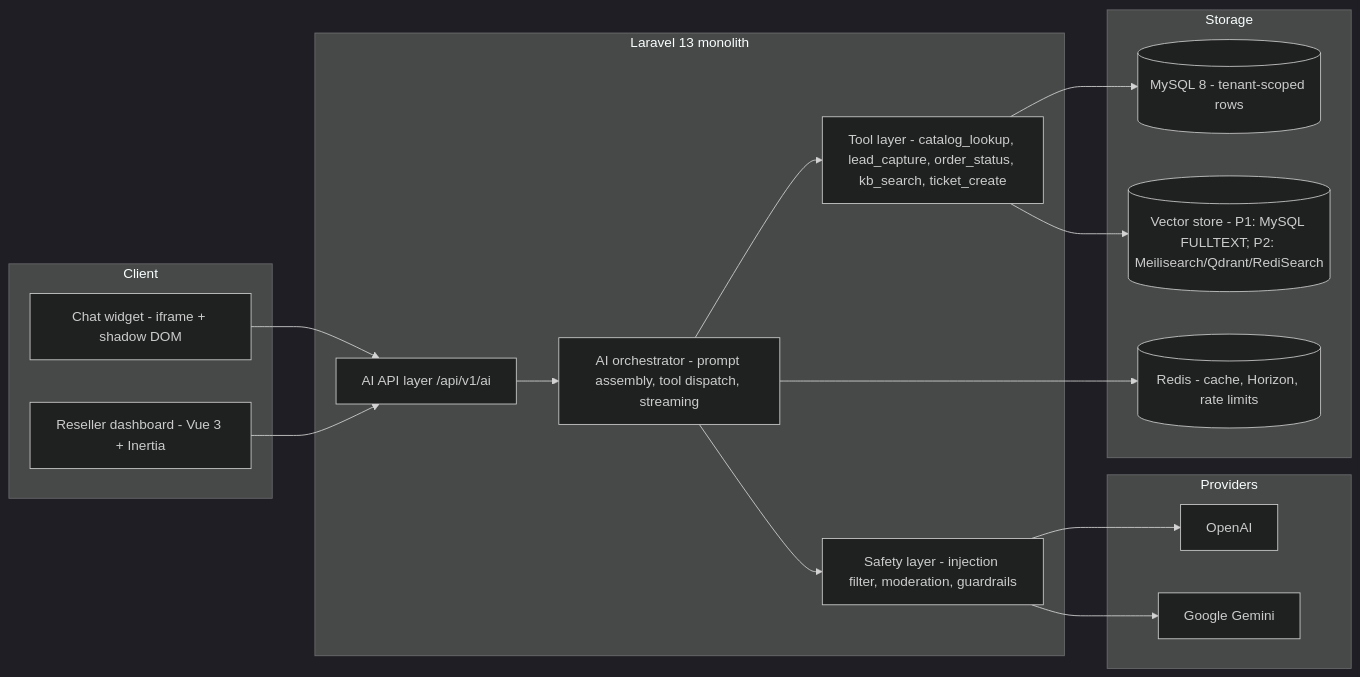
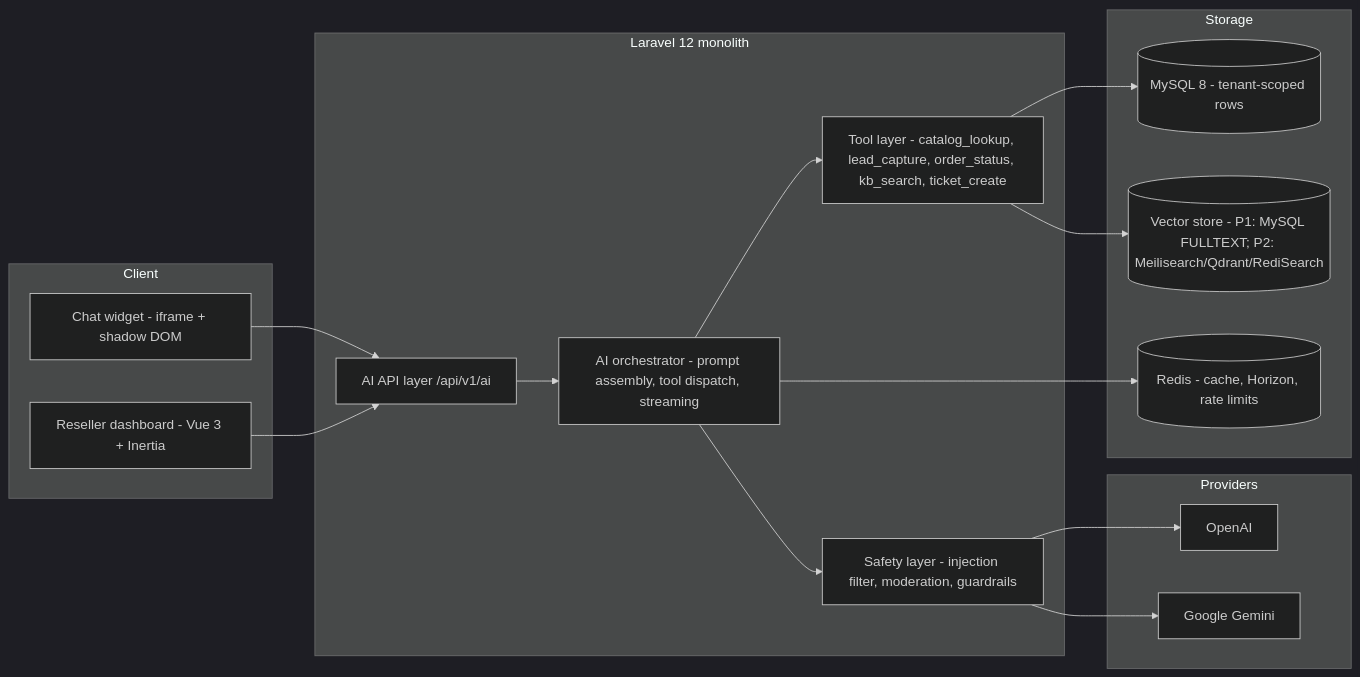
Before and after one commit to nextustech/nextus: the first of 3 diagrams in docs/prd/11-ai-and-automation.md, drawn with Mermaid (dark theme). The commit also changed other lines of this file and 16 other files, not shown here.

````diff
--- a/docs/prd/11-ai-and-automation.md
+++ b/docs/prd/11-ai-and-automation.md
@@ -67,32 +67,32 @@
 ```mermaid
 flowchart LR
     subgraph Client
         W["Chat widget - iframe + shadow DOM"]
         D["Reseller dashboard - Vue 3 + Inertia"]
     end
-    subgraph Laravel 13 monolith
+    subgraph Laravel 12 monolith
         API["AI API layer /api/v1/ai"]
         ORCH["AI orchestrator - prompt assembly, tool dispatch, streaming"]
         TOOLS["Tool layer - catalog_lookup, lead_capture, order_status, kb_search, ticket_create"]
         SAFE["Safety layer - injection filter, moderation, guardrails"]
     end
     subgraph Providers
         O["OpenAI"]
         G["Google Gemini"]
     end
     subgraph Storage
         DB[("MySQL 8 - tenant-scoped rows")]
         VS[("Vector store - P1: MySQL FULLTEXT; P2: Meilisearch/Qdrant/RediSearch")]
         R[("Redis - cache, Horizon, rate limits")]
     end
     W --> API
     D --> API
     API --> ORCH
     ORCH --> SAFE
     SAFE --> O
     SAFE --> G
     ORCH --> TOOLS
     TOOLS --> DB
     TOOLS --> VS
     ORCH --> R
 ```
````
